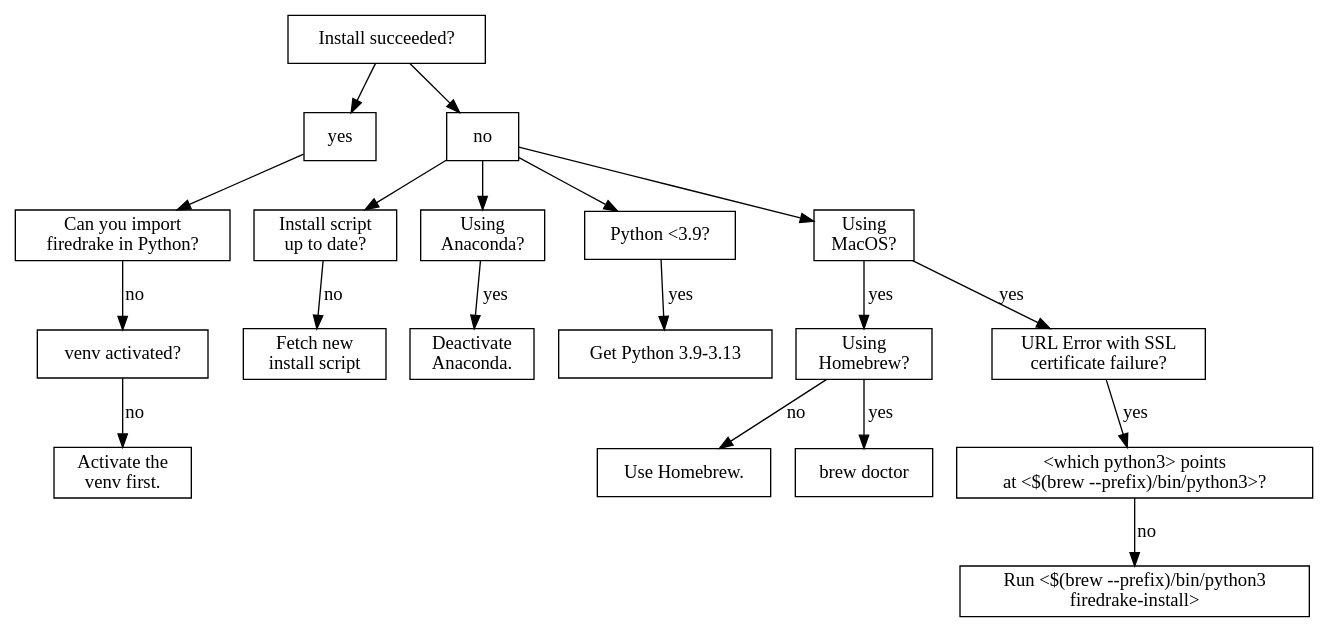
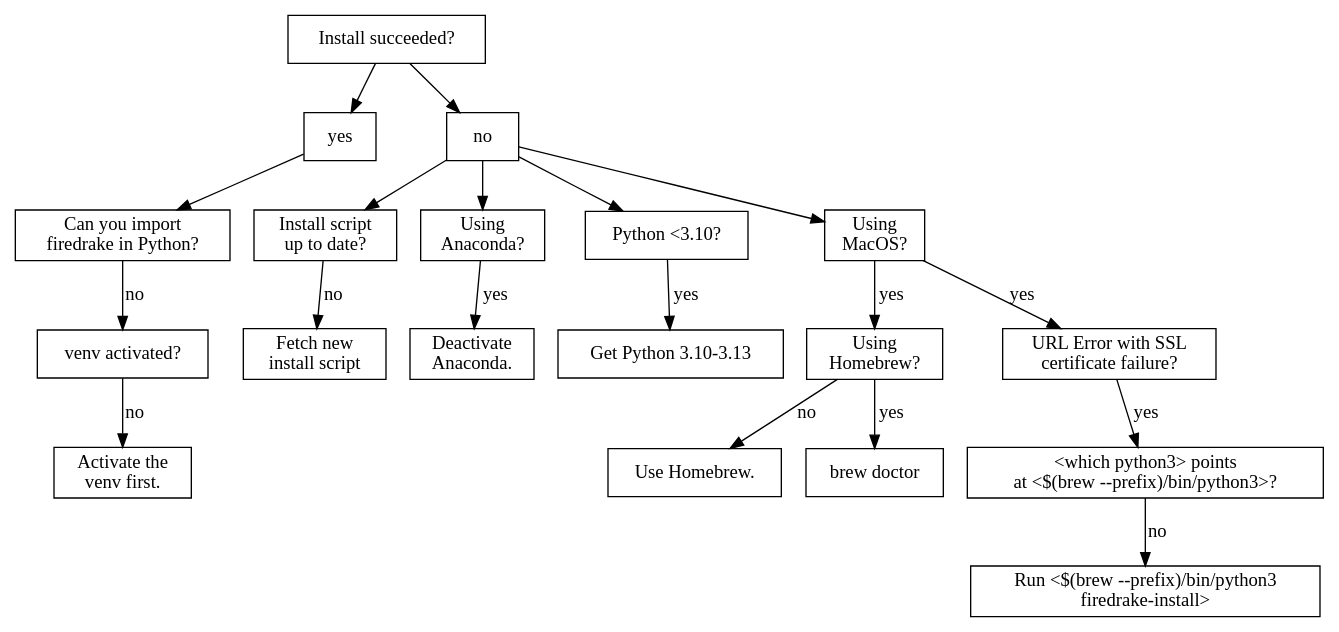
The diagram in docs/source/install-debug.dot (firedrakeproject/firedrake), drawn with Graphviz before and after one commit. The commit also changed 473 other files, not shown here.

```diff
--- a/docs/source/install-debug.dot
+++ b/docs/source/install-debug.dot
@@ -1,41 +1,41 @@
 digraph triage {
     node [shape=rect];
 
     can_install [label="Install succeeded?"];
     install_succeeded [label="yes"];
     install_failed [label="no"];
     can_import [label="Can you import\nfiredrake in Python?"];
     venv_activated [label="venv activated?"];
     install_script_up_to_date [label="Install script\nup to date?"];
     using_anaconda [label="Using\nAnaconda?"];
-    python_version [label="Python <3.9?"];
+    python_version [label="Python <3.10?"];
     using_macos [label="Using\nMacOS?"];
     using_homebrew [label="Using\nHomebrew?"];
     url_error [label="URL Error with SSL\ncertificate failure?"];
     which_python [label="<which python3> points\nat <$(brew --prefix)/bin/python3>?"];
 
     activate_venv [label="Activate the\nvenv first."];
     uninstall_anaconda [label="Deactivate\nAnaconda."];
-    update_python [label="Get Python 3.9-3.13"];
+    update_python [label="Get Python 3.10-3.13"];
     update_install_script [label="Fetch new\ninstall script"];
     get_homebrew [label="Use Homebrew."];
     brew_doctor [label="brew doctor"];
     explicit_path [label="Run <$(brew --prefix)/bin/python3\n firedrake-install>"];
 
     can_install -> install_succeeded;
     install_succeeded -> can_import;
     can_import -> venv_activated [label="no"];
     venv_activated -> activate_venv [label="no"];
 
     can_install -> install_failed;
     install_failed -> {install_script_up_to_date, using_anaconda, python_version, using_macos};
     install_script_up_to_date -> update_install_script [label="no"];
     python_version -> update_python [label="yes"];
     using_anaconda -> uninstall_anaconda [label="yes"];
     using_macos -> using_homebrew [label="yes"];
     using_homebrew -> get_homebrew [label="no"];
     using_homebrew -> brew_doctor [label="yes"];
     using_macos -> url_error [label="yes"];
     url_error -> which_python [label="yes"];
     which_python -> explicit_path [label="no"];
 }
```
